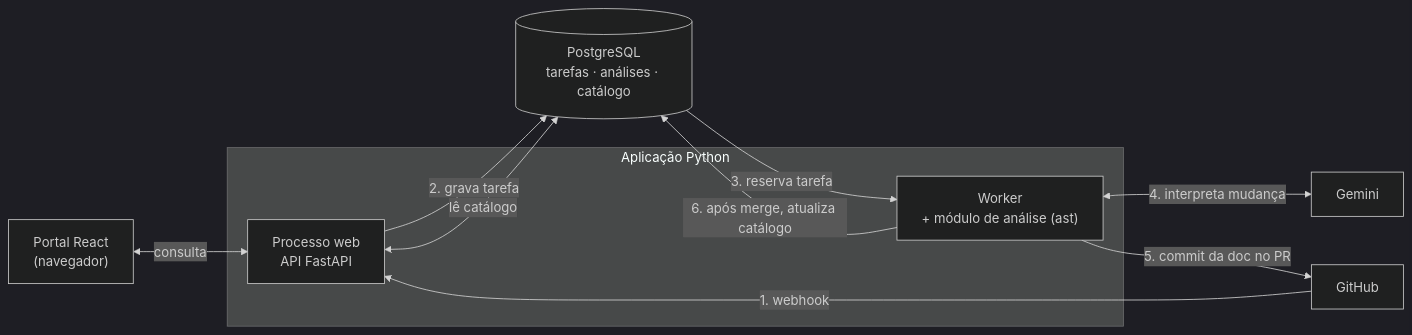
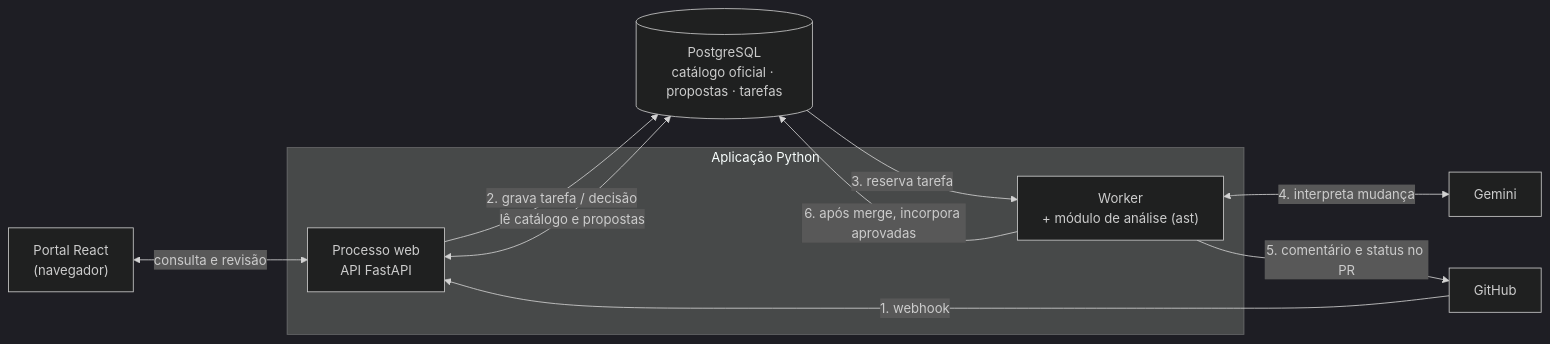
Before and after one commit to marleypm16/tcc: the second of 2 diagrams in docs/capitulo-4-revisado.md, drawn with Mermaid (dark theme). The commit also changed other lines of this file and 7 other files, not shown here.

````diff
--- a/docs/capitulo-4-revisado.md
+++ b/docs/capitulo-4-revisado.md
@@ -344,20 +379,20 @@
   ```mermaid
   flowchart LR
       U["Portal React<br/>(navegador)"]
       GH["GitHub"]
       LLM["Gemini"]
       subgraph APP["Aplicação Python"]
           API["Processo web<br/>API FastAPI"]
           W["Worker<br/>+ módulo de análise (ast)"]
       end
-      DB[("PostgreSQL<br/>tarefas · análises · catálogo")]
+      DB[("PostgreSQL<br/>catálogo oficial · propostas · tarefas")]
 
-      U <-->|"consulta"| API
+      U <-->|"consulta e revisão"| API
       GH -->|"1. webhook"| API
-      API -->|"2. grava tarefa"| DB
+      API -->|"2. grava tarefa / decisão"| DB
       DB -->|"3. reserva tarefa"| W
       W <-->|"4. interpreta mudança"| LLM
-      W -->|"5. commit da doc no PR"| GH
-      W -->|"6. após merge, atualiza catálogo"| DB
-      API <-->|"lê catálogo"| DB
+      W -->|"5. comentário e status no PR"| GH
+      W -->|"6. após merge, incorpora aprovadas"| DB
+      API <-->|"lê catálogo e propostas"| DB
   ```
````
